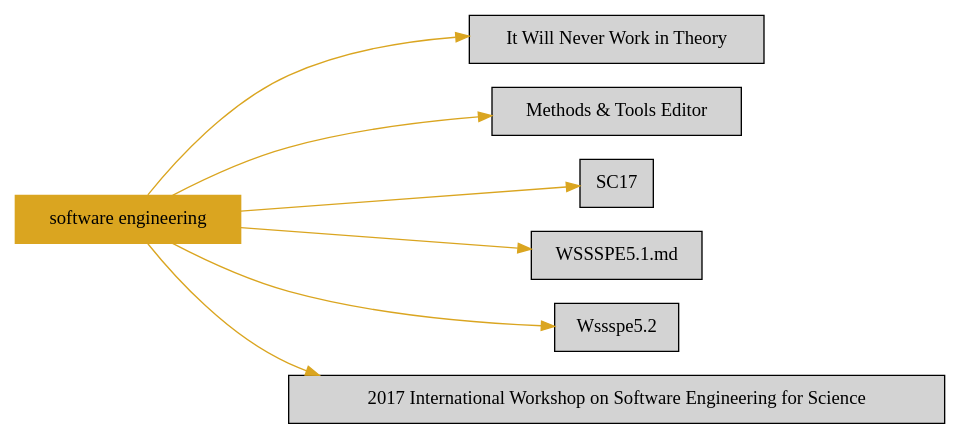
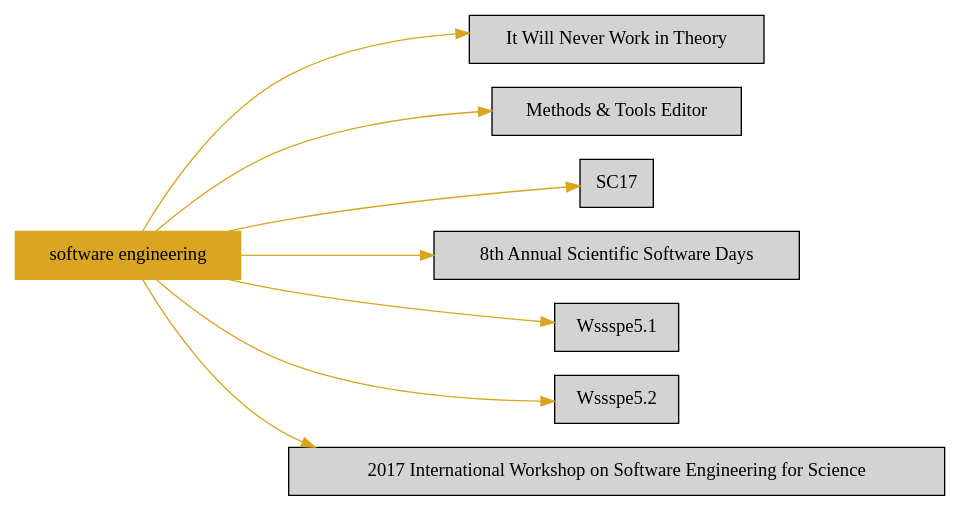
Before and after one commit to duongdo27/Dealii: the diagram in markdown/topic_software_engineering.dot, drawn with Graphviz. The commit also changed 6 other files, not shown here.

```diff
--- a/markdown/topic_software_engineering.dot
+++ b/markdown/topic_software_engineering.dot
@@ -1,18 +1,21 @@
 digraph bettersoftware {
             rankdir = LR;
             ratio = fill;
             node [style=filled];
             node [shape = box];
 "software engineering" [colorscheme="svg" color="goldenrod"];
 "software engineering" ->  "ItWillNeverWorkInTheory.md" [colorscheme="svg" color="goldenrod"];
 "ItWillNeverWorkInTheory.md" [label="It Will Never Work in Theory" URL="http://bss.parallactic.com/resources/it-will-never-work-in-theory"];
 "software engineering" ->  "MethodsAndToolsEditor.md" [colorscheme="svg" color="goldenrod"];
 "MethodsAndToolsEditor.md" [label="Methods & Tools Editor" URL="http://bss.parallactic.com/resources/methods-tools-editor"];
 "software engineering" ->  "Conference.SC17.md" [colorscheme="svg" color="goldenrod"];
 "Conference.SC17.md" [label="SC17" URL="http://bss.parallactic.com/events/sc17"];
+"software engineering" ->  "Conference.ScientificSoftwareDays17.md" [colorscheme="svg" color="goldenrod"];
+"Conference.ScientificSoftwareDays17.md" [label="8th Annual Scientific Software Days" URL="http://bss.parallactic.com/resources/8th-annual-scientific-software-days"];
 "software engineering" ->  "WSSSPE5.1.md" [colorscheme="svg" color="goldenrod"];
+"WSSSPE5.1.md" [label="Wssspe5.1\n" URL="http://bss.parallactic.com/events/wssspe5-1 "];
 "software engineering" ->  "WSSSPE5.2.md" [colorscheme="svg" color="goldenrod"];
 "WSSSPE5.2.md" [label="Wssspe5.2\n" URL="http://bss.parallactic.com/events/wssspe5-2 "];
 "software engineering" ->  "Workshop.SE4Science17.md" [colorscheme="svg" color="goldenrod"];
 "Workshop.SE4Science17.md" [label="2017 International Workshop on Software Engineering for Science" URL="http://bss.parallactic.com/resources/2017-international-workshop-on-software-engineering-for-science"];
 }
```
